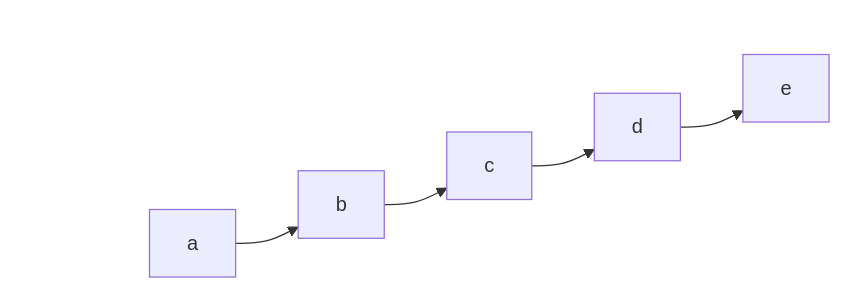
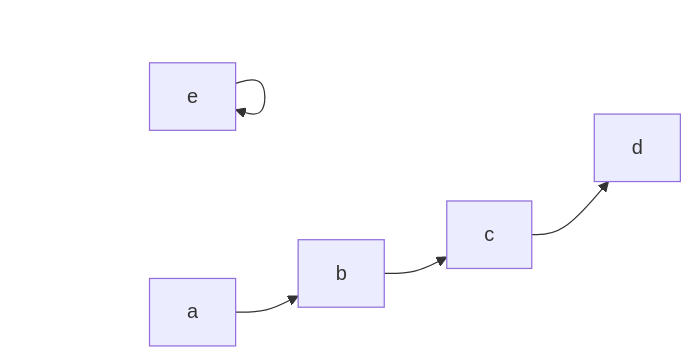
Before and after one commit to tseijp/zidx: diagram 37 of 44 in README.ja.md, drawn with Mermaid. The commit also changed other lines of this file and 4 other files, not shown here.

````diff
--- a/README.ja.md
+++ b/README.ja.md
@@ -1198,11 +1175,14 @@
 ```mermaid
 flowchart LR
     g[" "]
     g ~~~ a
     g ~~~ b
     g ~~~ c
     g ~~~ d
     g ~~~ e
-    a --> b --> c --> d --> e
     style g fill:none,stroke:none,color:none
+    a --> b
+    b --> c
+    c --> d
+    e --> e
 ```
````
